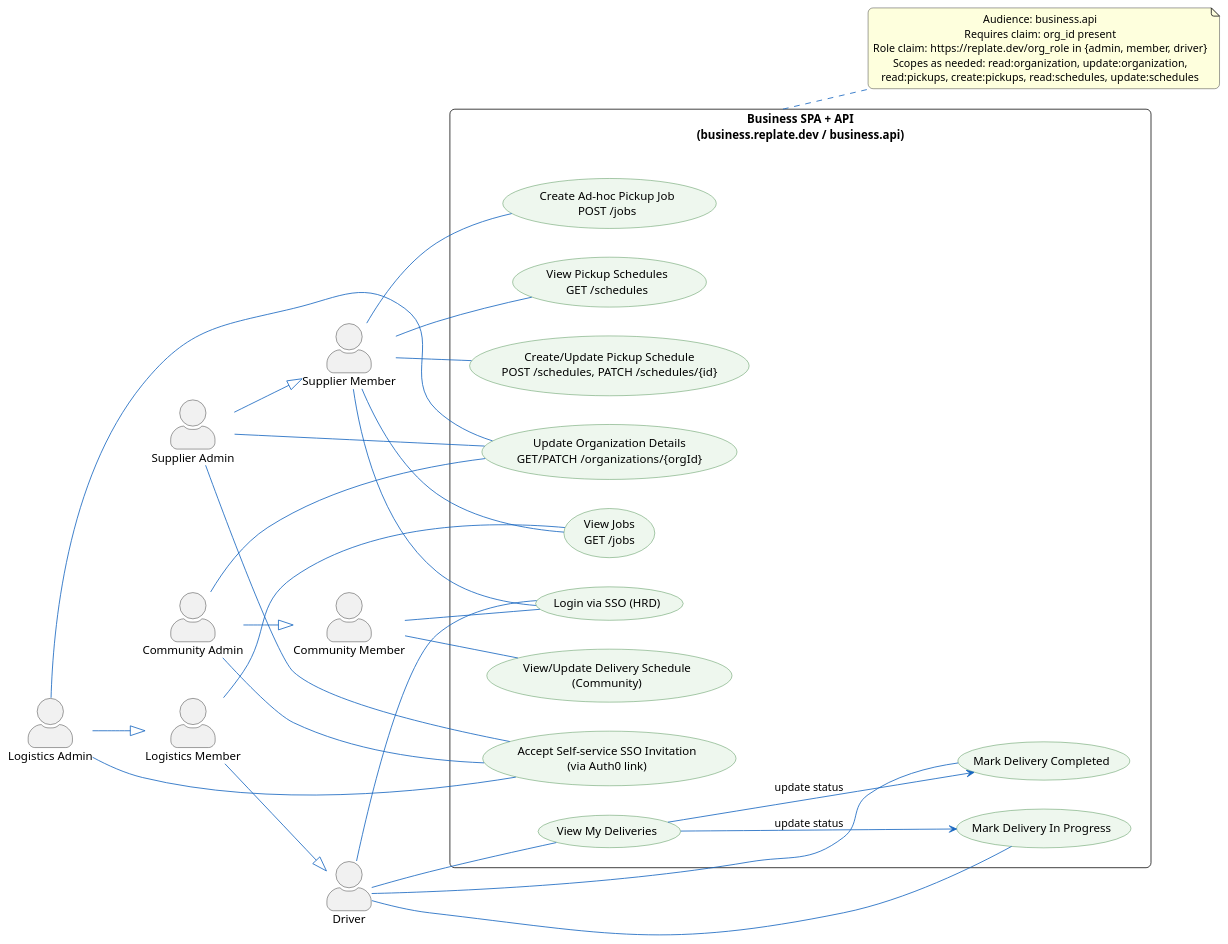
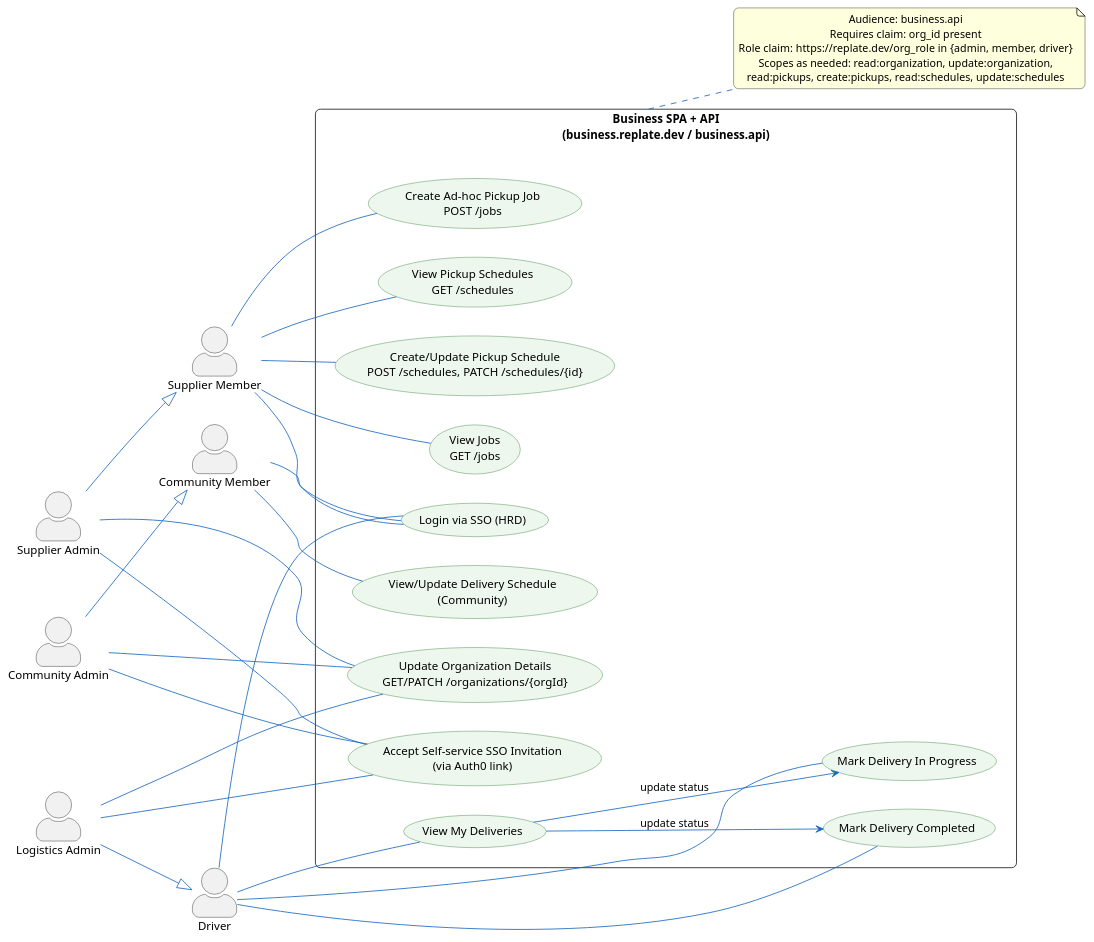
The diagram in business/diagrams/business-use-cases.puml (abbaspour/replate), drawn with PlantUML before and after one commit. The commit also changed 2 other files, not shown here.

Commit message:
updating readme to match diagram (3)

```diff
--- a/business/diagrams/business-use-cases.puml
+++ b/business/diagrams/business-use-cases.puml
@@ -1,93 +1,89 @@
 @startuml
 left to right direction
 skinparam usecase {
   BackgroundColor #EEF7EE
   BorderColor #2E7D32
   ArrowColor #1565C0
 }
 skinparam actorStyle awesome
 skinparam shadowing false
 skinparam roundcorner 12
 skinparam DefaultTextAlignment center
 
 ' Actors in Business domain
 actor "Supplier Admin" as SupplierAdmin
 actor "Supplier Member" as SupplierMember
-actor "Logistics Member" as LogisticsMember
 actor "Logistics Admin" as LogisticsAdmin
 actor Driver
 actor "Community Admin" as CommunityAdmin
 actor "Community Member" as CommunityMember
 
 CommunityAdmin --|> CommunityMember
 SupplierAdmin --|> SupplierMember
-LogisticsAdmin --|> LogisticsMember
-LogisticsMember --|> Driver
+LogisticsAdmin --|> Driver
 
 rectangle "Business SPA + API\n(business.replate.dev / business.api)" as System {
   usecase "Login via SSO (HRD)" as UCLogin
 
   usecase "View Jobs\nGET /jobs" as UCViewJobs
   usecase "Create Ad-hoc Pickup Job\nPOST /jobs" as UCCreateJob
 
   usecase "View Pickup Schedules\nGET /schedules" as UCViewSchedules
   usecase "Create/Update Pickup Schedule\nPOST /schedules, PATCH /schedules/{id}" as UCManageSchedules
 
   usecase "View/Update Delivery Schedule\n(Community)" as UCManageDeliverySchedules
 
   usecase "Update Organization Details\nGET/PATCH /organizations/{orgId}" as UCUpdateOrg
 
   usecase "View My Deliveries" as UCDriverView
   usecase "Mark Delivery In Progress" as UCInProgress
   usecase "Mark Delivery Completed" as UCCompleted
 
   usecase "Accept Self-service SSO Invitation\n(via Auth0 link)" as UCAcceptSSO
 '  usecase "Update Logistics Company Details" as UCUpdateLogistics
 }
 
 ' Auth and access rules (claims/scopes)
 note right of System
   Audience: business.api
   Requires claim: org_id present
   Role claim: https://replate.dev/org_role in {admin, member, driver}
   Scopes as needed: read:organization, update:organization,
   read:pickups, create:pickups, read:schedules, update:schedules
 end note
 
 ' Login applies to all personas
 SupplierMember -- UCLogin
 Driver -- UCLogin
 CommunityMember -- UCLogin
 
 ' Jobs
 SupplierMember -- UCViewJobs
-LogisticsMember -- UCViewJobs
 Driver -- UCDriverView
 
-' SupplierAdmin -- UCCreateJob
 SupplierMember -- UCCreateJob
 
 ' Schedules (Pickup schedules for Suppliers)
 SupplierMember -- UCViewSchedules
 SupplierMember -- UCManageSchedules
 
 ' Delivery schedules for Communities
 CommunityMember -- UCManageDeliverySchedules
 
 ' Organization details
 SupplierAdmin -- UCUpdateOrg
 LogisticsAdmin -- UCUpdateOrg
 CommunityAdmin -- UCUpdateOrg
 
 ' Driver workflow
 UCDriverView --> UCInProgress : update status
 UCDriverView --> UCCompleted : update status
 Driver -- UCInProgress
 Driver -- UCCompleted
 
 ' Self-service SSO invitation acceptance
 SupplierAdmin -- UCAcceptSSO
 LogisticsAdmin -- UCAcceptSSO
 CommunityAdmin -- UCAcceptSSO
 
 @enduml
```
